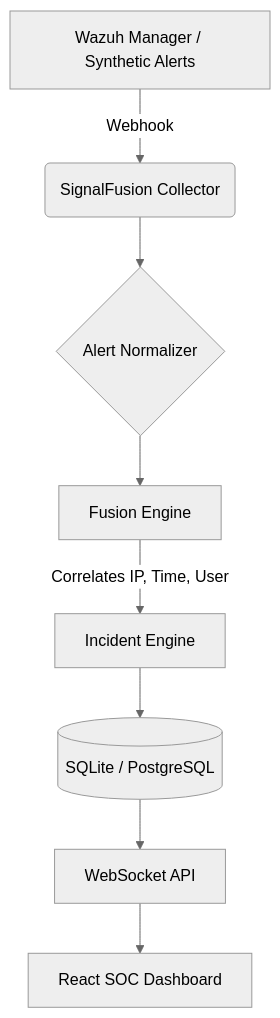
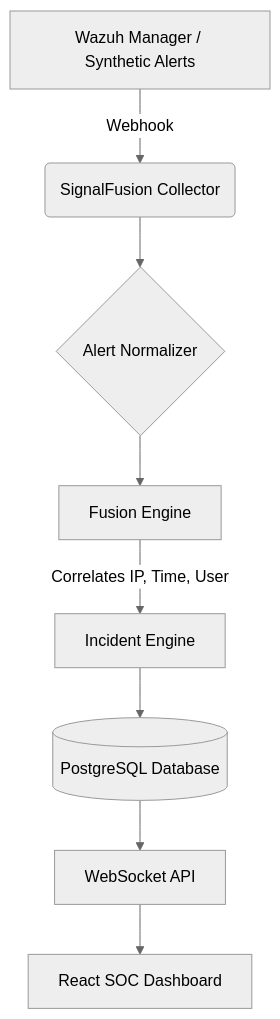
One commit to rajanaharish43-blip/SignalFusion changed the diagram in README.md. Above: the diagram before and after it, drawn with Mermaid (neutral theme). The commit also changed other lines of this file, not shown here.

Commit message:
Update README to reflect Docker and PostgreSQL integration

````diff
--- a/README.md
+++ b/README.md
@@ -26,10 +26,10 @@
 ```mermaid
 graph TD
     A[Wazuh Manager / Synthetic Alerts] -->|Webhook| B(SignalFusion Collector)
     B --> C{Alert Normalizer}
     C --> D[Fusion Engine]
     D -->|Correlates IP, Time, User| E[Incident Engine]
-    E --> F[(SQLite / PostgreSQL)]
+    E --> F[(PostgreSQL Database)]
     F --> G[WebSocket API]
     G --> H[React SOC Dashboard]
 ```
````
